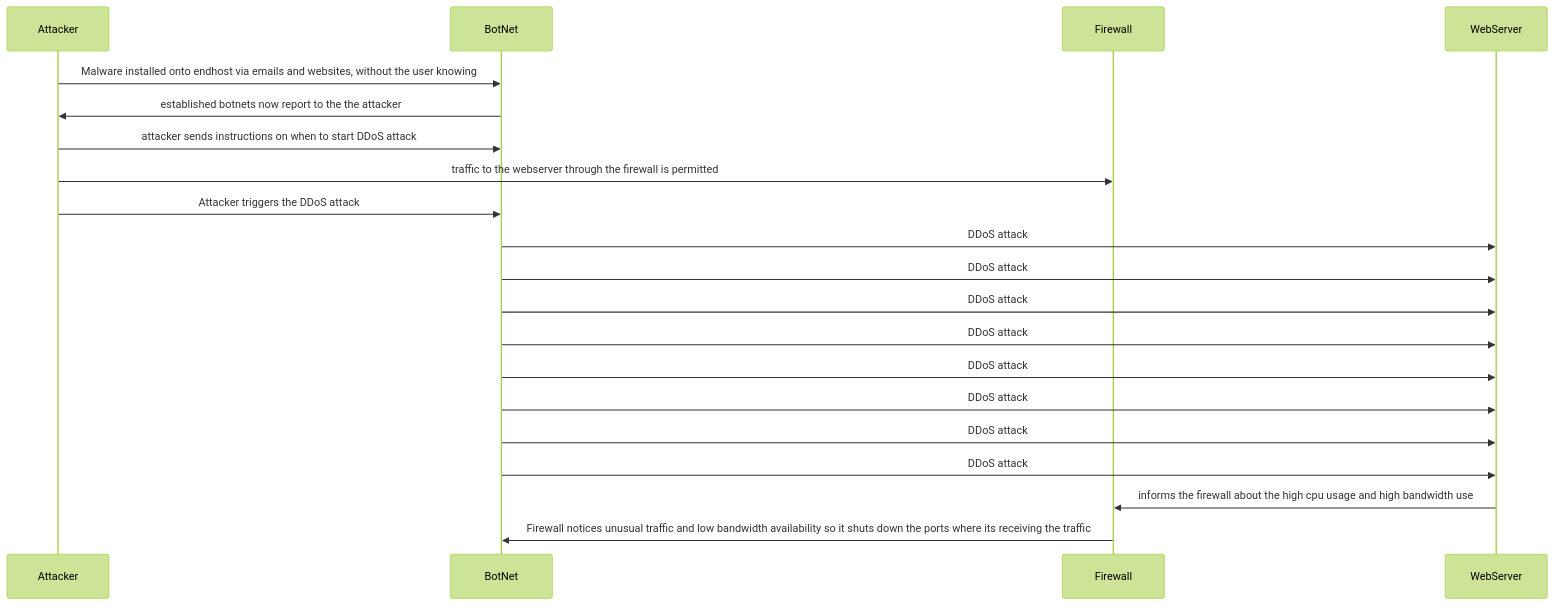
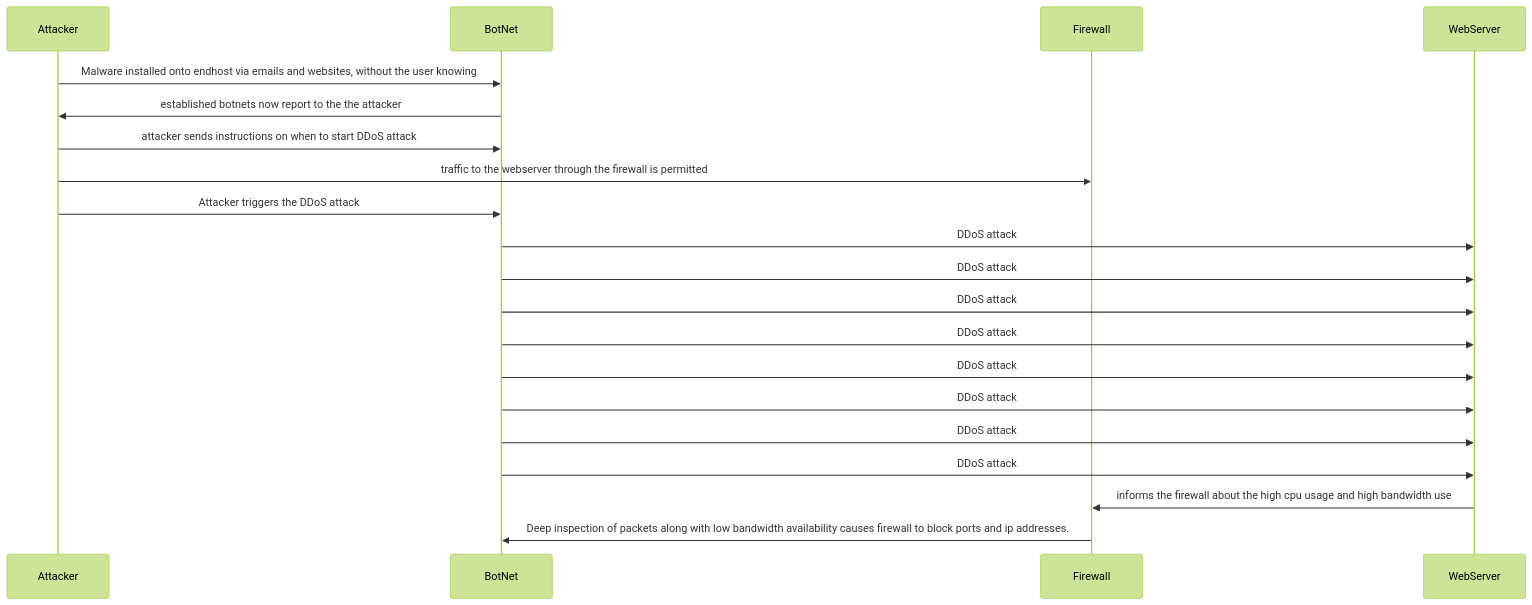
Before and after one commit to lmiddleton300/-DDoS_Attack_Sequence.md: the diagram in DDoS_Attack_Sequence.md, drawn with Mermaid (forest theme).

````diff
--- a/DDoS_Attack_Sequence.md
+++ b/DDoS_Attack_Sequence.md
@@ -2,23 +2,23 @@
 ```mermaid
 sequenceDiagram
  participant Attacker
  participant BotNet
  participant Firewall
  participant WebServer
  
  Attacker->>BotNet: Malware installed onto endhost via emails and websites, without the user knowing
 BotNet->>Attacker: established botnets now report to the the attacker
 Attacker->>BotNet: attacker sends instructions on when to start DDoS attack
 Attacker->>Firewall: traffic to the webserver through the firewall is permitted
 Attacker->>BotNet: Attacker triggers the DDoS attack
 BotNet->>WebServer: DDoS attack
 BotNet->>WebServer: DDoS attack
 BotNet->>WebServer: DDoS attack
 BotNet->>WebServer: DDoS attack
 BotNet->>WebServer: DDoS attack
 BotNet->>WebServer: DDoS attack
 BotNet->>WebServer: DDoS attack
 BotNet->>WebServer: DDoS attack
 WebServer->>Firewall: informs the firewall about the high cpu usage and high bandwidth use
-Firewall->>BotNet: Firewall notices unusual traffic and low bandwidth availability so it shuts down the ports where its receiving the traffic
+Firewall->>BotNet: Deep inspection of packets along with low bandwidth availability causes firewall to block ports and ip addresses. 
 ```
````
